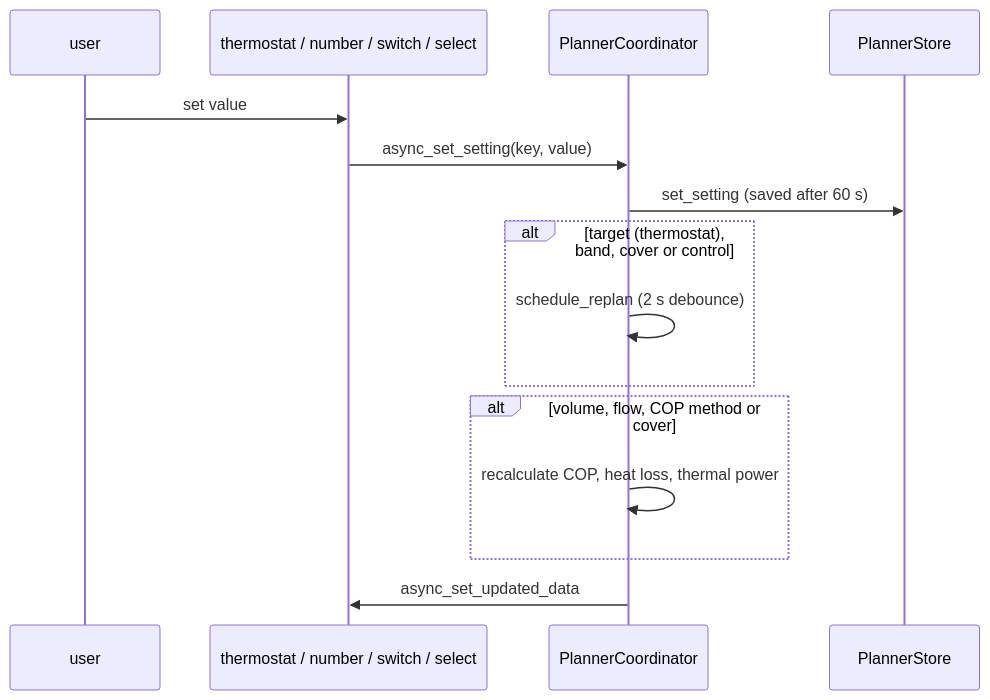
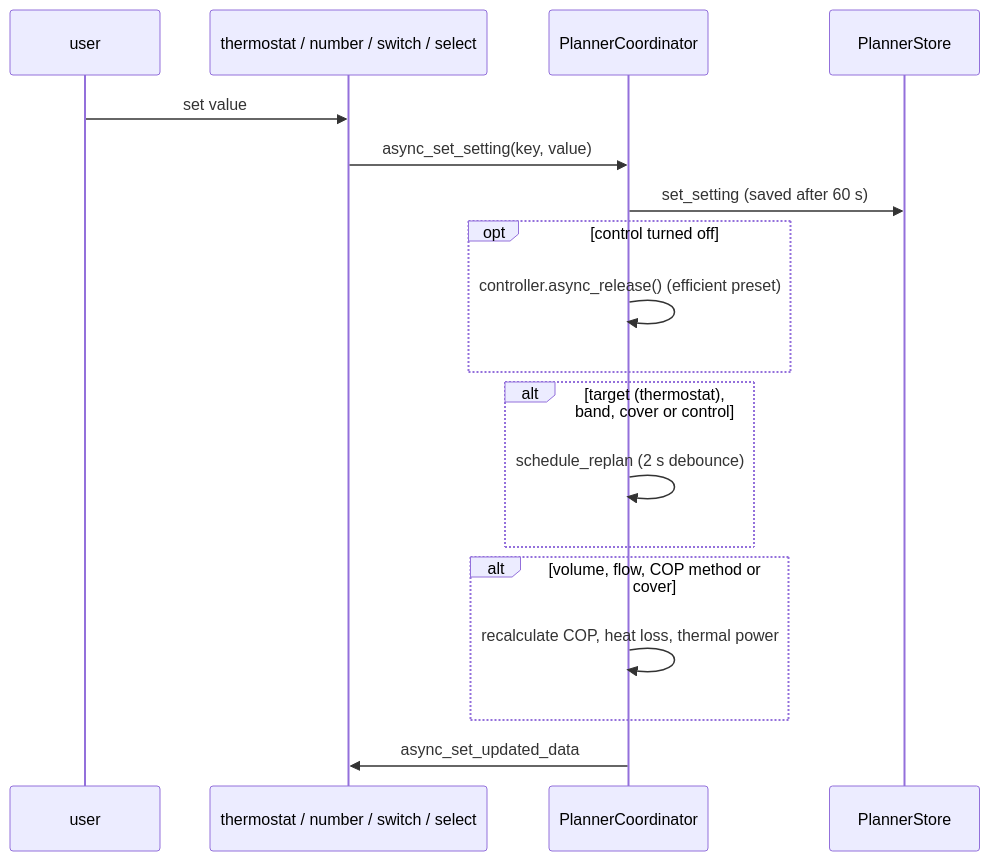
Before and after one commit to abroeders/pond-heatpump-price-planner: diagram 20 of 25 in docs/architecture.md, drawn with Mermaid. The commit also changed other lines of this file and 6 other files, not shown here.

````diff
--- a/docs/architecture.md
+++ b/docs/architecture.md
@@ -816,17 +872,20 @@
 ```mermaid
 sequenceDiagram
     participant U as user
     participant N as thermostat / number / switch / select
     participant Co as PlannerCoordinator
     participant St as PlannerStore
     U->>N: set value
     N->>Co: async_set_setting(key, value)
     Co->>St: set_setting (saved after 60 s)
+    opt control turned off
+        Co->>Co: controller.async_release() (efficient preset)
+    end
     alt target (thermostat), band, cover or control
         Co->>Co: schedule_replan (2 s debounce)
     end
     alt volume, flow, COP method or cover
         Co->>Co: recalculate COP, heat loss, thermal power
     end
     Co->>N: async_set_updated_data
 ```
````
